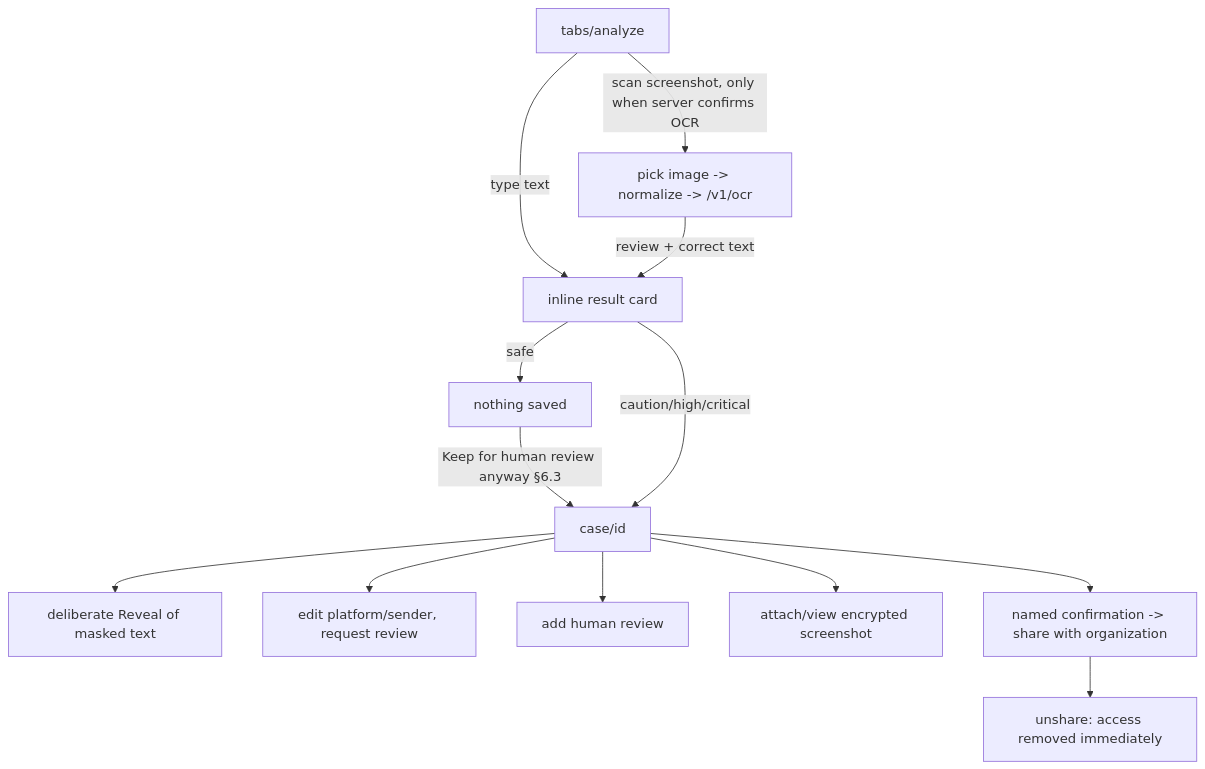
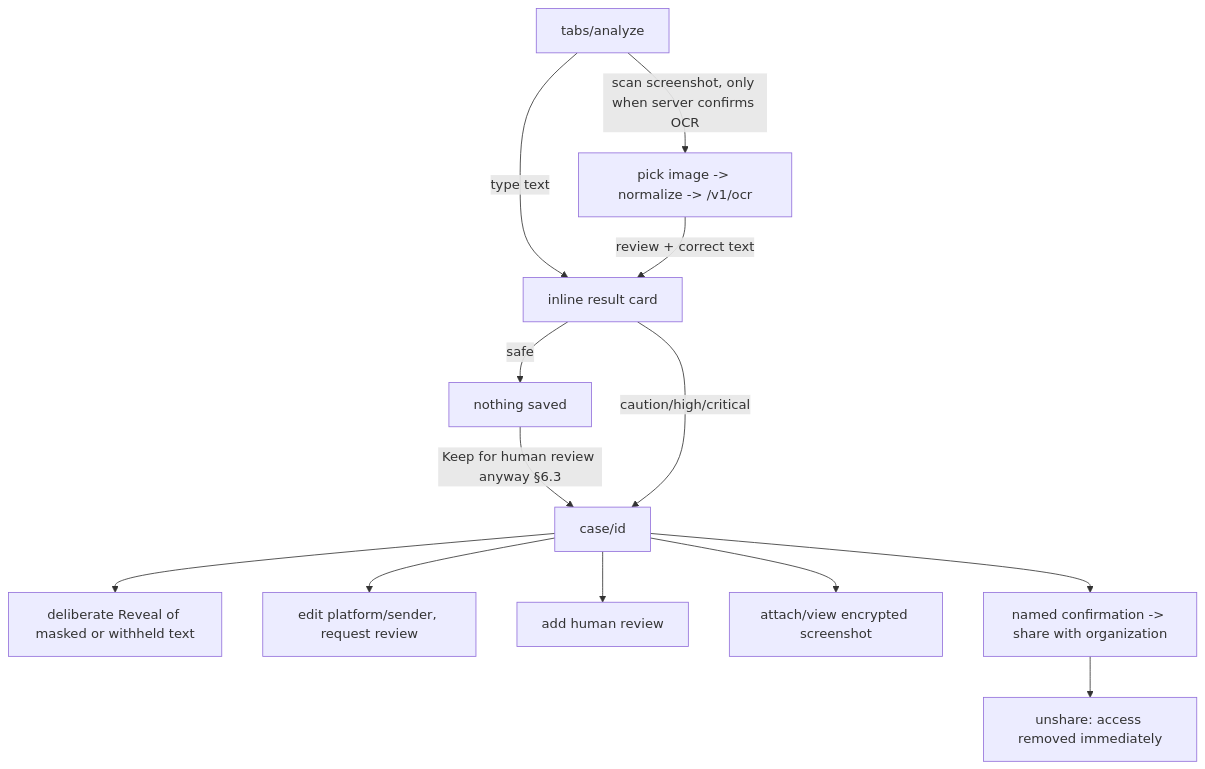
One commit to abdullah956/a-mbl changed the second of 5 diagrams in docs/FLOWS.md. Above: the diagram before and after it, drawn with Mermaid. The commit also changed other lines of this file and 12 other files, not shown here.

````diff
--- a/docs/FLOWS.md
+++ b/docs/FLOWS.md
@@ -34,15 +34,15 @@
 ```mermaid
 flowchart TD
     Analyze[tabs/analyze] -->|type text| Result[inline result card]
     Analyze -->|scan screenshot, only when server confirms OCR| OCR[pick image -> normalize -> /v1/ocr]
     OCR -->|review + correct text| Result
     Result -->|safe| Discarded[nothing saved]
     Discarded -->|"Keep for human review anyway" §6.3| Case
     Result -->|caution/high/critical| Case[case/id]
-    Case --> Reveal[deliberate Reveal of masked text]
+    Case --> Reveal[deliberate Reveal of masked or withheld text]
     Case --> Context[edit platform/sender, request review]
     Case --> Review[add human review]
     Case --> Evidence[attach/view encrypted screenshot]
     Case --> Share[named confirmation -> share with organization]
     Share --> Revoke[unshare: access removed immediately]
 ```
````
